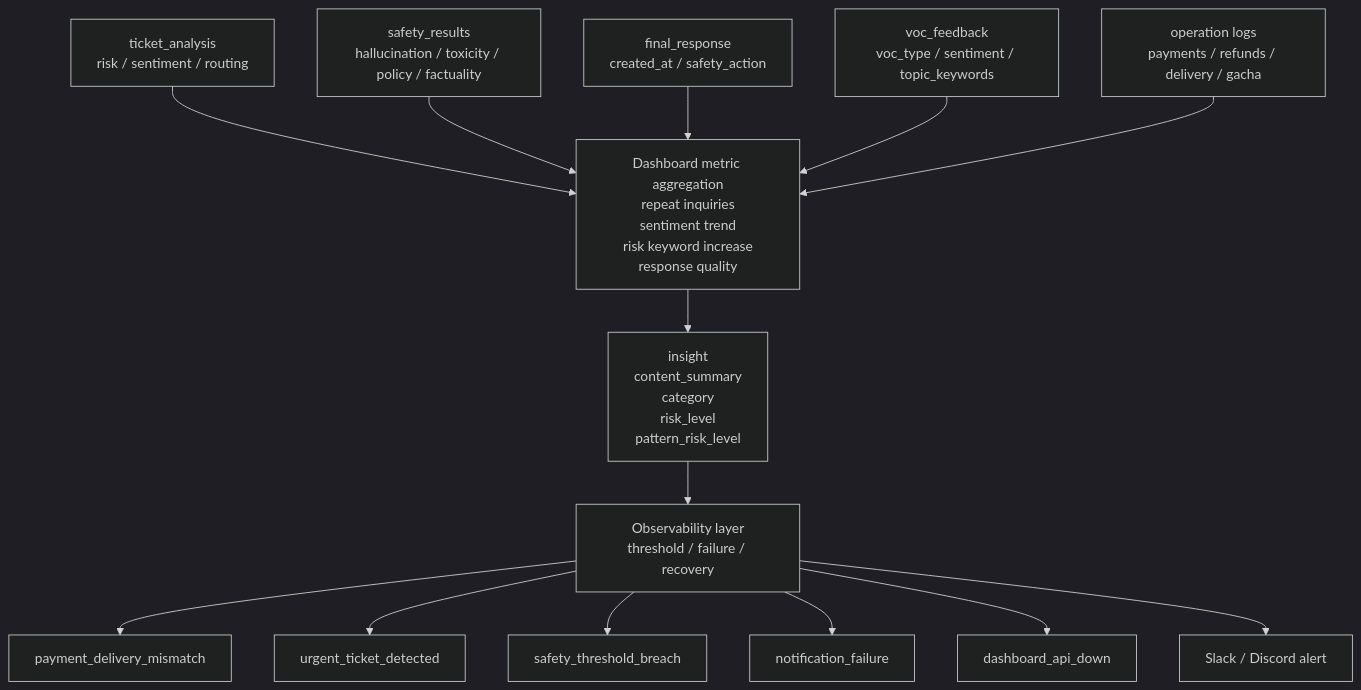
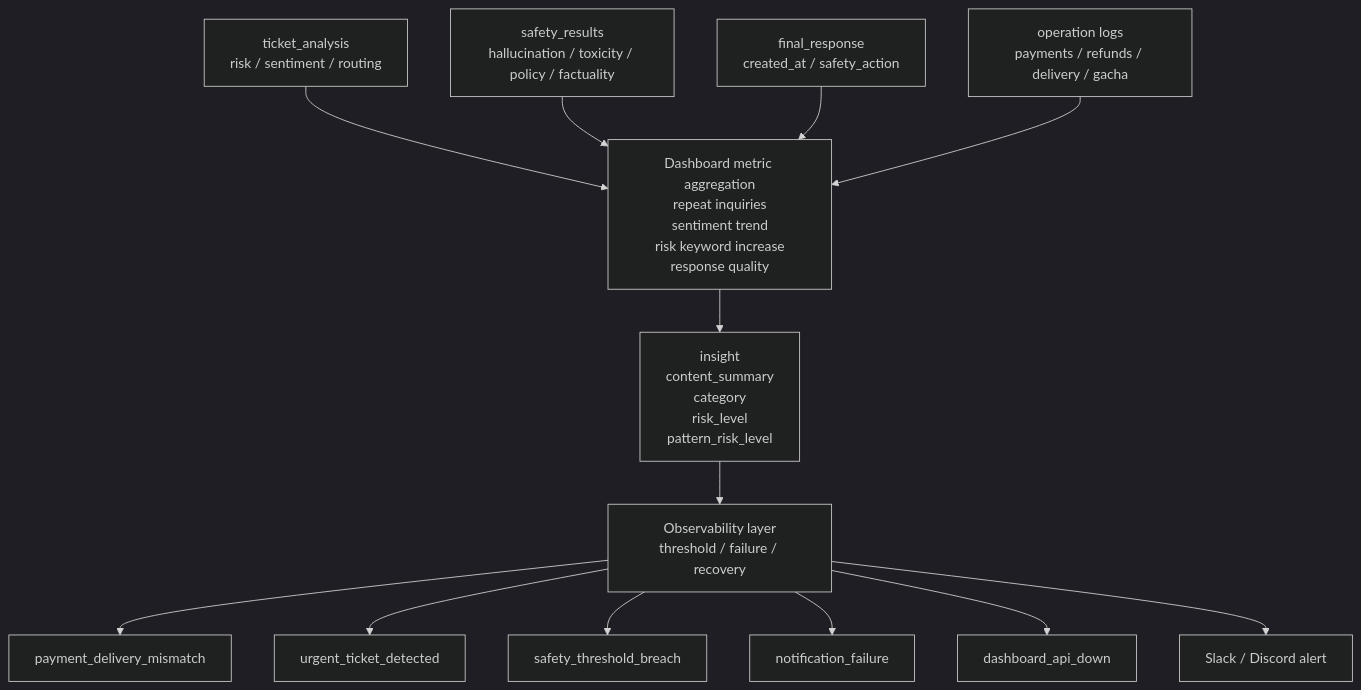
One commit to SKNETWORKS-FAMILY-AICAMP/SKN25-FINAL-6Team changed the fourth of 4 diagrams in docs/dashboard/architecture.md. Above: the diagram before and after it, drawn with Mermaid (dark theme). The commit also changed other lines of this file and 22 other files, not shown here.

````diff
--- a/docs/dashboard/architecture.md
+++ b/docs/dashboard/architecture.md
@@ -184,33 +181,31 @@
 ```mermaid
 flowchart TB
     ANALYSIS["ticket_analysis<br/>risk / sentiment / routing"]
     SAFETY["safety_results<br/>hallucination / toxicity / policy / factuality"]
     FINAL["final_response<br/>created_at / safety_action"]
-    VOC["voc_feedback<br/>voc_type / sentiment / topic_keywords"]
     OPLOG["operation logs<br/>payments / refunds / delivery / gacha"]
 
     AGG["Dashboard metric aggregation<br/>repeat inquiries<br/>sentiment trend<br/>risk keyword increase<br/>response quality"]
     INSIGHT["insight<br/>content_summary<br/>category<br/>risk_level<br/>pattern_risk_level"]
     OBS["Observability layer<br/>threshold / failure / recovery"]
 
     M1["payment_delivery_mismatch"]
     M2["urgent_ticket_detected"]
     M3["safety_threshold_breach"]
     M4["notification_failure"]
     M5["dashboard_api_down"]
     M6["Slack / Discord alert"]
 
     ANALYSIS --> AGG
     SAFETY --> AGG
     FINAL --> AGG
-    VOC --> AGG
     OPLOG --> AGG
     AGG --> INSIGHT
     INSIGHT --> OBS
     OBS --> M1
     OBS --> M2
     OBS --> M3
     OBS --> M4
     OBS --> M5
     OBS --> M6
 ```
````
